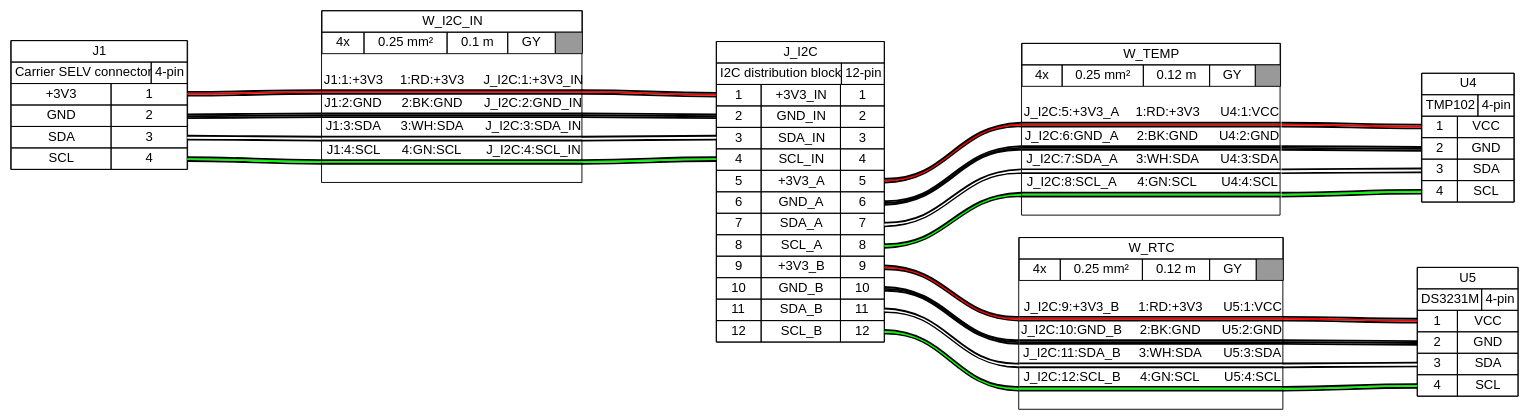
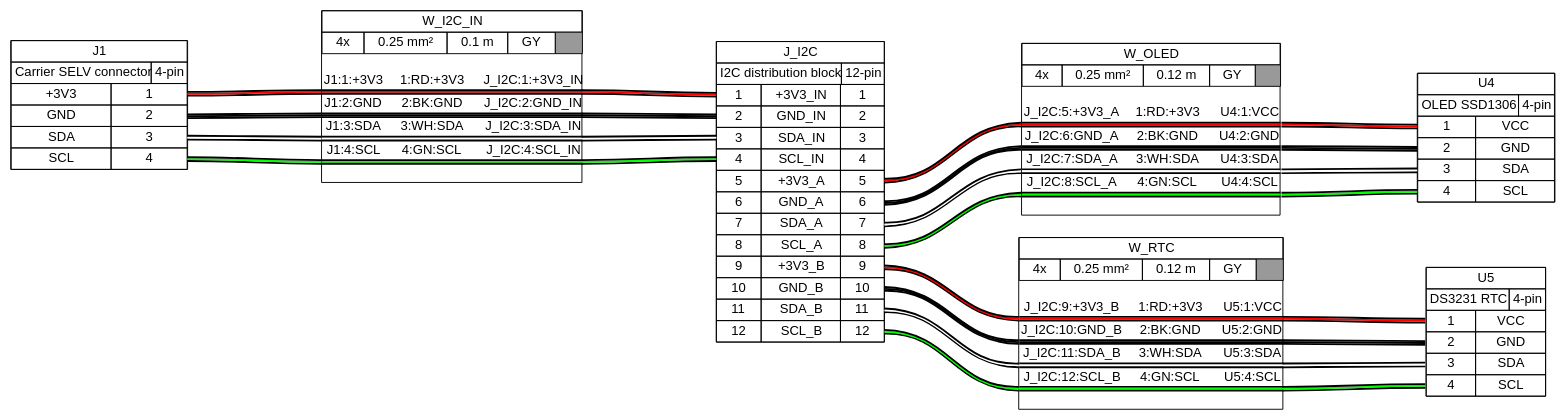
Before and after one commit to jefryprr/smart-plug-project: the diagram in hardware/wiring/renders/i2c_harness.gv, drawn with Graphviz. The commit also changed 187 other files, not shown here.

```diff
--- a/hardware/wiring/renders/i2c_harness.gv
+++ b/hardware/wiring/renders/i2c_harness.gv
@@ -127,7 +127,7 @@
  </td></tr>
  <tr><td>
   <table border="0" cellspacing="0" cellpadding="3" cellborder="1"><tr>
-   <td balign="left">TMP102</td>
+   <td balign="left">OLED SSD1306</td>
    <td balign="left">4-pin</td>
   </tr></table>
  </td></tr>
@@ -162,7 +162,7 @@
  </td></tr>
  <tr><td>
   <table border="0" cellspacing="0" cellpadding="3" cellborder="1"><tr>
-   <td balign="left">DS3231M</td>
+   <td balign="left">DS3231 RTC</td>
    <td balign="left">4-pin</td>
   </tr></table>
  </td></tr>
@@ -289,22 +289,22 @@
 </table>
 > fillcolor="#FFFFFF" shape=box style=filled]
 	edge [color="#000000:#ff0000:#000000"]
-	J_I2C:p5r:e -- W_TEMP:w1:w
-	W_TEMP:w1:e -- U4:p1l:w
+	J_I2C:p5r:e -- W_OLED:w1:w
+	W_OLED:w1:e -- U4:p1l:w
 	edge [color="#000000:#000000:#000000"]
-	J_I2C:p6r:e -- W_TEMP:w2:w
-	W_TEMP:w2:e -- U4:p2l:w
+	J_I2C:p6r:e -- W_OLED:w2:w
+	W_OLED:w2:e -- U4:p2l:w
 	edge [color="#000000:#ffffff:#000000"]
-	J_I2C:p7r:e -- W_TEMP:w3:w
-	W_TEMP:w3:e -- U4:p3l:w
+	J_I2C:p7r:e -- W_OLED:w3:w
+	W_OLED:w3:e -- U4:p3l:w
 	edge [color="#000000:#00ff00:#000000"]
-	J_I2C:p8r:e -- W_TEMP:w4:w
-	W_TEMP:w4:e -- U4:p4l:w
-	W_TEMP [label=<
+	J_I2C:p8r:e -- W_OLED:w4:w
+	W_OLED:w4:e -- U4:p4l:w
+	W_OLED [label=<
 <table border="0" cellspacing="0" cellpadding="0">
  <tr><td>
   <table border="0" cellspacing="0" cellpadding="3" cellborder="1"><tr>
-   <td balign="left">W_TEMP</td>
+   <td balign="left">W_OLED</td>
   </tr></table>
  </td></tr>
  <tr><td>
```
